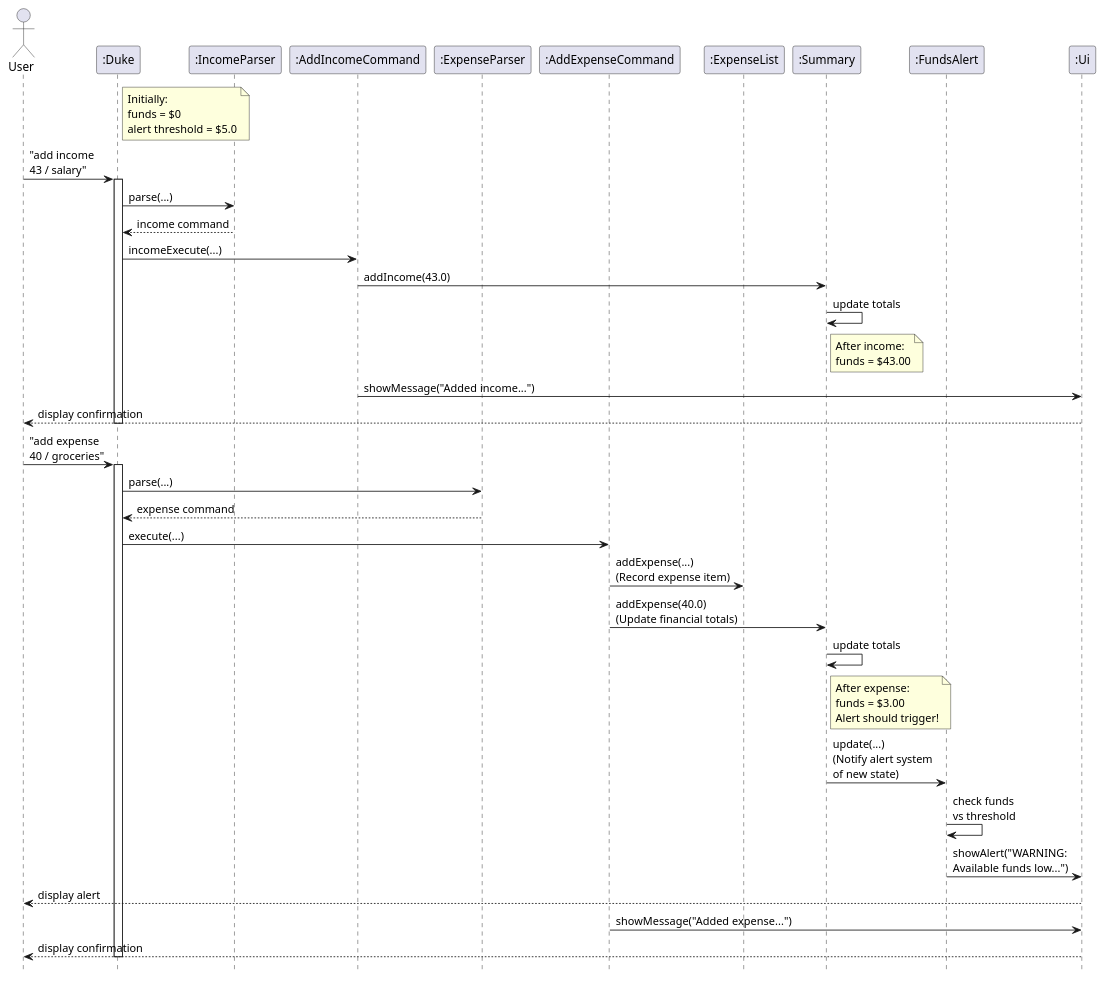
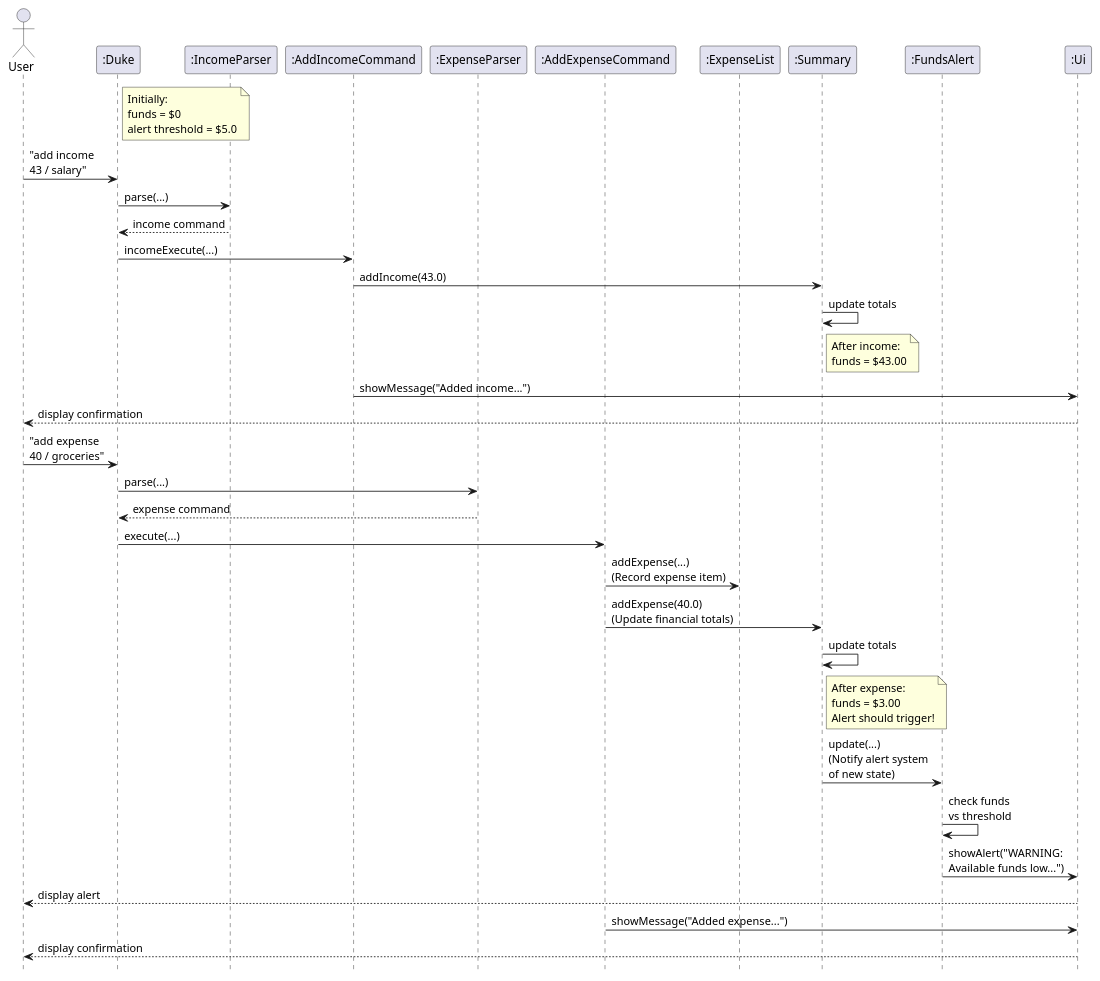
Before and after one commit to xiaojielei/tp: the diagram in docs/puml/TriggerAlert.puml, drawn with PlantUML. The commit also changed 5 other files, not shown here.

Commit message:
updated DG diagrams

```diff
--- a/docs/puml/TriggerAlert.puml
+++ b/docs/puml/TriggerAlert.puml
@@ -1,58 +1,54 @@
 @startuml
 hide footbox
 
 actor User
 participant ":Duke" as Duke
 participant ":IncomeParser" as IncomeParser
 participant ":AddIncomeCommand" as AddIncomeCommand
 participant ":ExpenseParser" as ExpenseParser
 participant ":AddExpenseCommand" as AddExpenseCommand
 participant ":ExpenseList" as ExpenseList
 participant ":Summary" as Summary
 participant ":FundsAlert" as FundsAlert
 participant ":Ui" as Ui
 
 note right of Duke
   Initially:
   funds = $0
   alert threshold = $5.0
 end note
 
 User -> Duke: "add income \n43 / salary"
-activate Duke
 Duke -> IncomeParser: parse(...)
 IncomeParser --> Duke: income command
 Duke -> AddIncomeCommand: incomeExecute(...)
 AddIncomeCommand -> Summary: addIncome(43.0)
 Summary -> Summary: update totals
 note right of Summary
   After income:
   funds = $43.00
 end note
 AddIncomeCommand -> Ui: showMessage("Added income...")
 Ui --> User: display confirmation
-deactivate Duke
 
 User -> Duke: "add expense \n40 / groceries"
-activate Duke
 Duke -> ExpenseParser: parse(...)
 ExpenseParser --> Duke: expense command
 Duke -> AddExpenseCommand: execute(...)
 
 AddExpenseCommand -> ExpenseList: addExpense(...)\n(Record expense item)
 AddExpenseCommand -> Summary: addExpense(40.0)\n(Update financial totals)
 Summary -> Summary: update totals
 note right of Summary
   After expense:
   funds = $3.00
   Alert should trigger!
 end note
 Summary -> FundsAlert: update(...)\n(Notify alert system\nof new state)
 FundsAlert -> FundsAlert: check funds\nvs threshold
 FundsAlert -> Ui: showAlert("WARNING:\nAvailable funds low...")
 Ui --> User: display alert
 AddExpenseCommand -> Ui: showMessage("Added expense...")
 Ui --> User: display confirmation
-deactivate Duke
 
 @enduml
```
